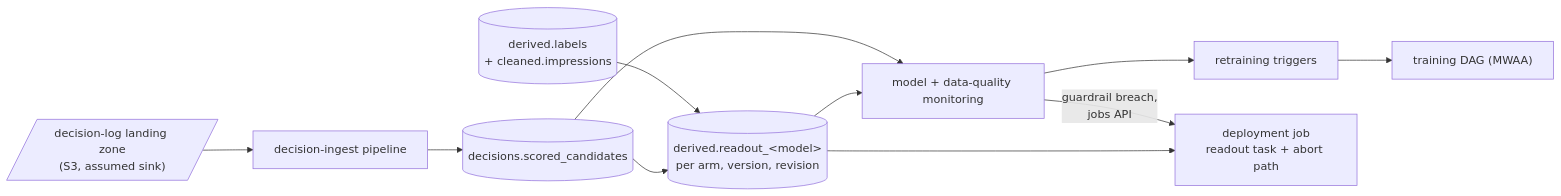
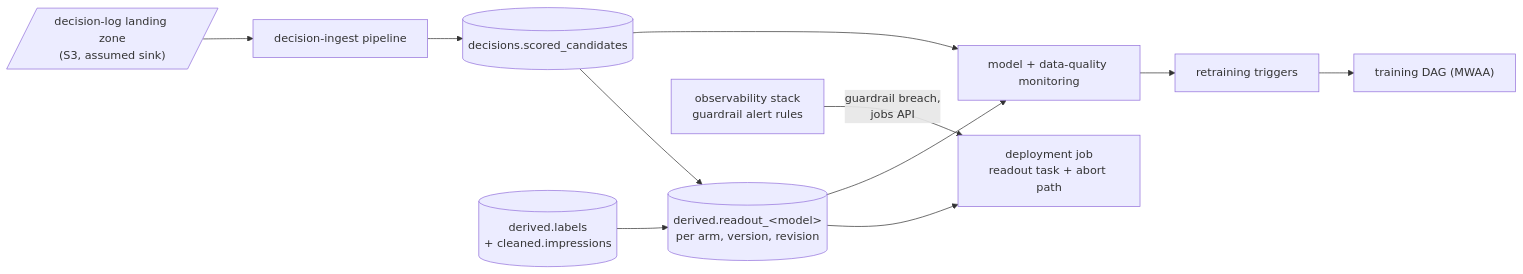
Before and after one commit to cunha-sigma/ml_offline: the first of 3 diagrams in design_docs/09_monitoring.md, drawn with Mermaid. The commit also changed other lines of this file and 19 other files, not shown here.

````diff
--- a/design_docs/09_monitoring.md
+++ b/design_docs/09_monitoring.md
@@ -11,21 +11,22 @@
 ```mermaid
 flowchart LR
   DLOG[/"decision-log landing zone<br/>(S3, assumed sink)"/]
   ING["decision-ingest pipeline"]
   DEC[("decisions.scored_candidates")]
   LBL[("derived.labels<br/>+ cleaned.impressions")]
   RO[("derived.readout_&lt;model&gt;<br/>per arm, version, revision")]
   MON["model + data-quality monitoring"]
   TRIG["retraining triggers"]
   DJ["deployment job<br/>readout task + abort path"]
   TRAIN["training DAG (MWAA)"]
 
   DLOG --> ING --> DEC
   DEC --> RO
   LBL --> RO
   RO --> DJ
   RO --> MON
   DEC --> MON
   MON --> TRIG --> TRAIN
-  MON -- "guardrail breach,<br/>jobs API" --> DJ
+  OBS["observability stack<br/>guardrail alert rules"]
+  OBS -- "guardrail breach,<br/>jobs API" --> DJ
 ```
````
